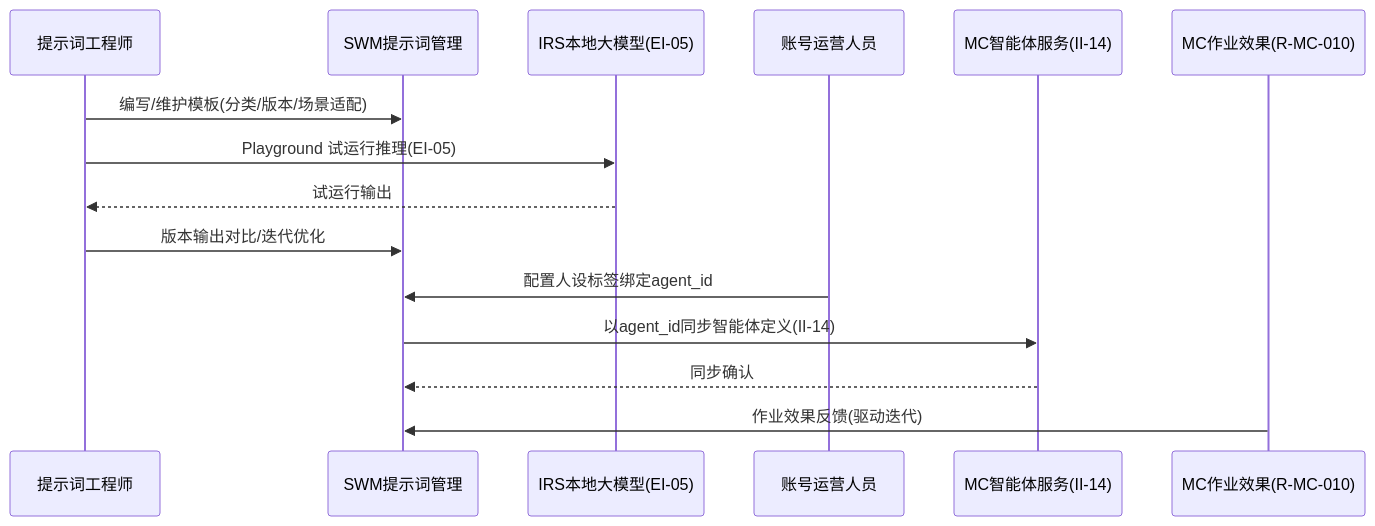
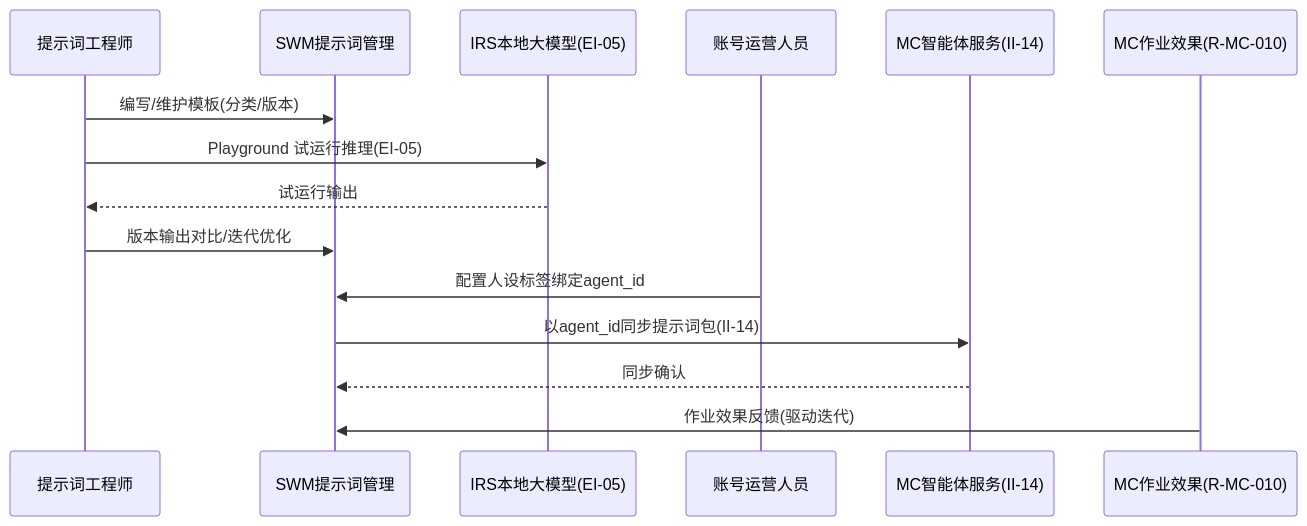
Diagram 30 of 52 in 公司项目/认知作战/文档/软件需求规格说明.md (Sj-g/obsidian), drawn with Mermaid before and after one commit. The commit also changed other lines of this file and 1 other file, not shown here.

````diff
--- a/公司项目/认知作战/文档/软件需求规格说明.md
+++ b/公司项目/认知作战/文档/软件需求规格说明.md
@@ -2332,17 +2331,17 @@
 ```mermaid
 sequenceDiagram
   participant 工程师 as 提示词工程师
   participant SWM as SWM提示词管理
   participant IRS as IRS本地大模型(EI-05)
   participant 运营 as 账号运营人员
   participant MC as MC智能体服务(II-14)
   participant 效果 as MC作业效果(R-MC-010)
-  工程师->>SWM: 编写/维护模板(分类/版本/场景适配)
+  工程师->>SWM: 编写/维护模板(分类/版本)
   工程师->>IRS: Playground 试运行推理(EI-05)
   IRS-->>工程师: 试运行输出
   工程师->>SWM: 版本输出对比/迭代优化
   运营->>SWM: 配置人设标签绑定agent_id
-  SWM->>MC: 以agent_id同步智能体定义(II-14)
+  SWM->>MC: 以agent_id同步提示词包(II-14)
   MC-->>SWM: 同步确认
   效果->>SWM: 作业效果反馈(驱动迭代)
 ```
````
